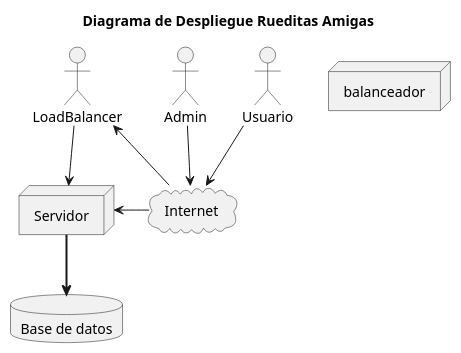
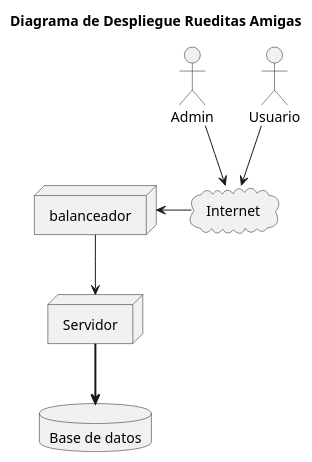
The diagram in diagrams/DiagramaDeDespliegue.puml (lrizzitano/RueditasAmigasDespliegue), drawn with PlantUML before and after one commit. The commit also changed 1 other file, not shown here.

```diff
--- a/diagrams/DiagramaDeDespliegue.puml
+++ b/diagrams/DiagramaDeDespliegue.puml
@@ -1,26 +1,25 @@
 @startuml
 'https://plantuml.com/deployment-diagram
 
 title Diagrama de Despliegue Rueditas Amigas
 
 actor "Admin"
 actor "Usuario"
 
 cloud "Internet"
 
 node "Servidor"
+node "balanceador"
 
 database "Base de datos"
 
 "Usuario" --> "Internet"
 "Admin" --> "Internet"
 
-"Internet" -l-> "Servidor"
+"Internet" -l-> "balanceador"
 
 "Servidor" -[bold]-> "Base de datos"
 
-node "balanceador"
-"Internet" -l-> "LoadBalancer"
-"LoadBalancer" --> "Servidor"
+"balanceador" --> "Servidor"
 
 @enduml
```
